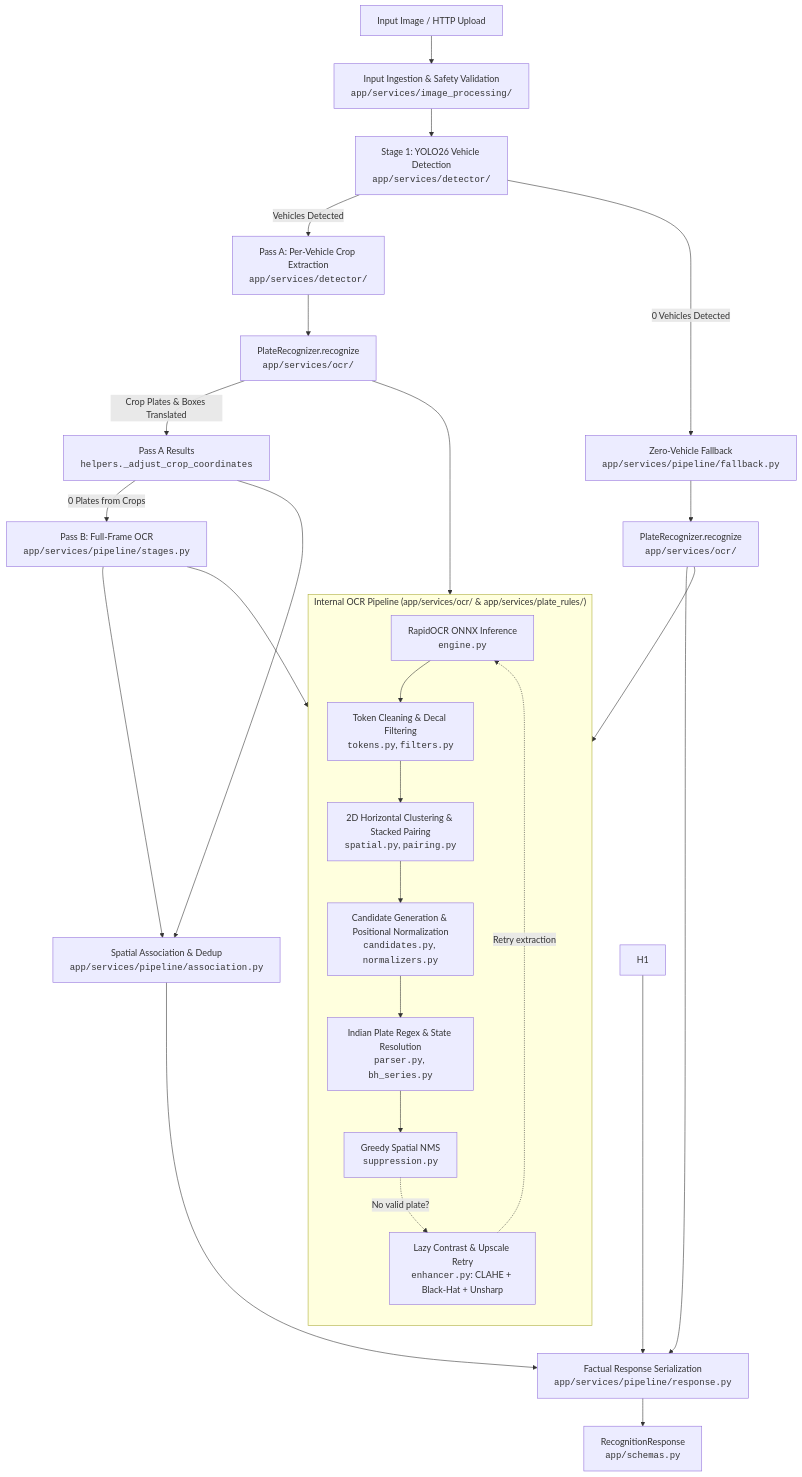
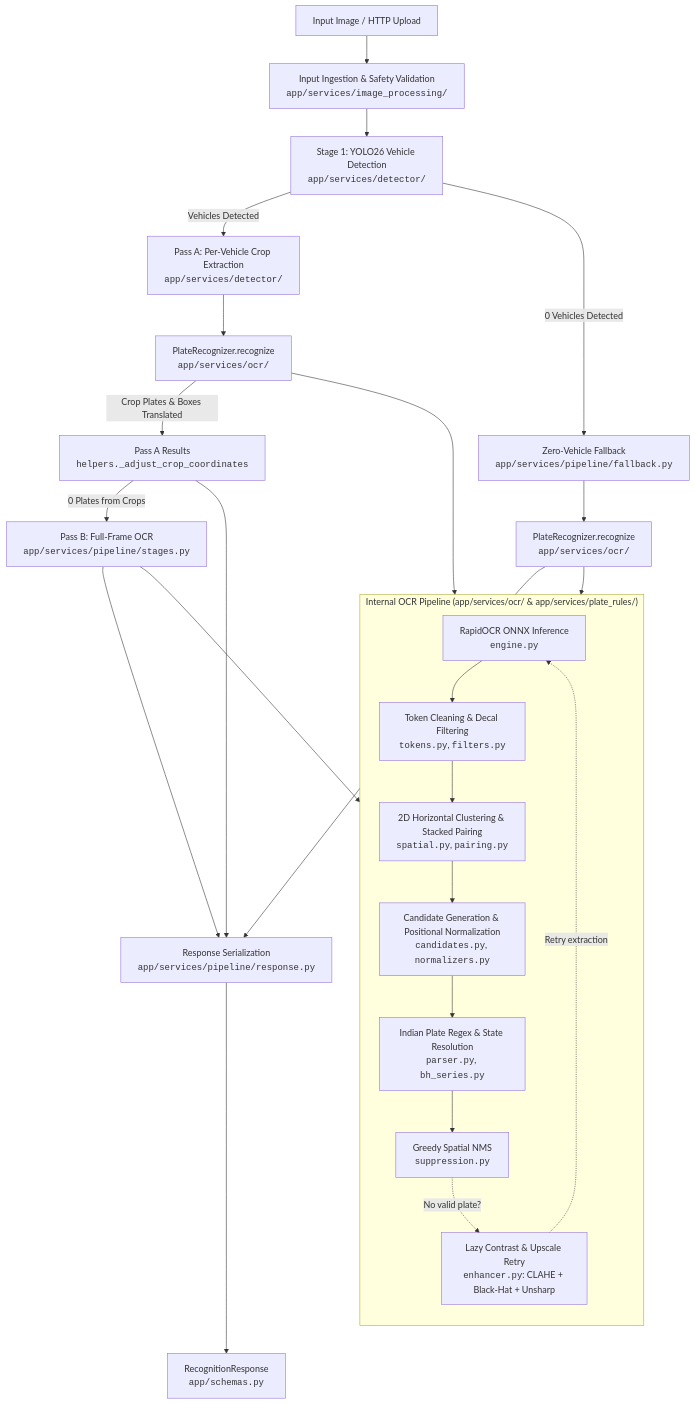
Before and after one commit to gluvok/argus: the diagram in docs/ARCHITECTURE.md, drawn with Mermaid. The commit also changed other lines of this file and 8 other files, not shown here.

Commit message:
refactor: remove spatial plate association module and simplify recognizer signature

````diff
--- a/docs/ARCHITECTURE.md
+++ b/docs/ARCHITECTURE.md
@@ -11,38 +11,35 @@
 ```mermaid
 flowchart TD
     A[Input Image / HTTP Upload] --> B[Input Ingestion & Safety Validation<br/><code>app/services/image_processing/</code>]
     B --> C[Stage 1: YOLO26 Vehicle Detection<br/><code>app/services/detector/</code>]
     
     C -- Vehicles Detected --> D[Pass A: Per-Vehicle Crop Extraction<br/><code>app/services/detector/</code>]
     D --> OCR_A[PlateRecognizer.recognize<br/><code>app/services/ocr/</code>]
     
     C -- 0 Vehicles Detected --> FB[Zero-Vehicle Fallback<br/><code>app/services/pipeline/fallback.py</code>]
     FB --> OCR_FB[PlateRecognizer.recognize<br/><code>app/services/ocr/</code>]
     
     subgraph OCR_PIPELINE ["Internal OCR Pipeline (app/services/ocr/ & app/services/plate_rules/)"]
         direction TB
         O1[RapidOCR ONNX Inference<br/><code>engine.py</code>] --> O2[Token Cleaning & Decal Filtering<br/><code>tokens.py</code>, <code>filters.py</code>]
         O2 --> O3[2D Horizontal Clustering & Stacked Pairing<br/><code>spatial.py</code>, <code>pairing.py</code>]
         O3 --> O4[Candidate Generation & Positional Normalization<br/><code>candidates.py</code>, <code>normalizers.py</code>]
         O4 --> O5[Indian Plate Regex & State Resolution<br/><code>parser.py</code>, <code>bh_series.py</code>]
         O5 --> O6[Greedy Spatial NMS<br/><code>suppression.py</code>]
         O6 -. No valid plate? .-> O7[Lazy Contrast & Upscale Retry<br/><code>enhancer.py</code>: CLAHE + Black-Hat + Unsharp]
         O7 -. Retry extraction .-> O1
     end
     
     OCR_A --> OCR_PIPELINE
     OCR_FB --> OCR_PIPELINE
     
     OCR_A -- Crop Plates & Boxes Translated --> P_A[Pass A Results<br/><code>helpers._adjust_crop_coordinates</code>]
     
     P_A -- 0 Plates from Crops --> FF[Pass B: Full-Frame OCR<br/><code>app/services/pipeline/stages.py</code>]
     FF --> OCR_PIPELINE
     
-    P_A --> ASSOC[Spatial Association & Dedup<br/><code>app/services/pipeline/association.py</code>]
-    FF --> ASSOC
-    
-    ASSOC --> RESP[Factual Response Serialization<br/><code>app/services/pipeline/response.py</code>]
+    P_A --> RESP[Response Serialization<br/><code>app/services/pipeline/response.py</code>]
+    FF --> RESP
     OCR_FB --> RESP
-    H1 --> RESP
     RESP --> OUT[RecognitionResponse<br/><code>app/schemas.py</code>]
 ```
````
